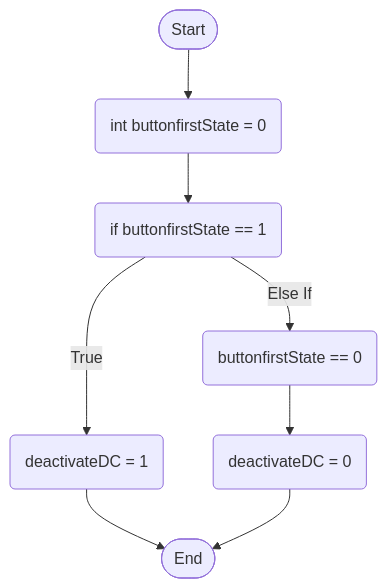
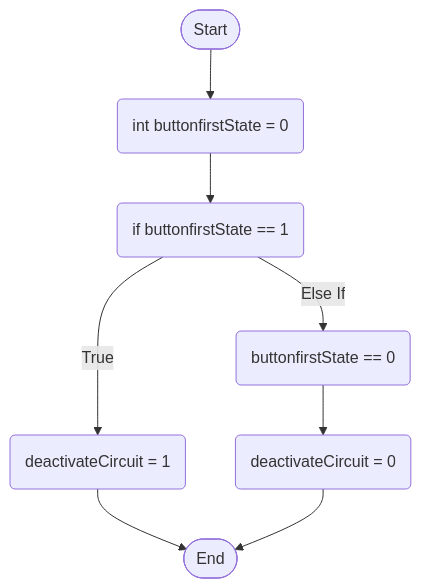
The diagram in Flowcharts/firstButtonLogic.md (4060269/SmartWorkstationAssessment3), drawn with Mermaid before and after one commit.

````diff
--- a/Flowcharts/firstButtonLogic.md
+++ b/Flowcharts/firstButtonLogic.md
@@ -3,18 +3,18 @@
 ```mermaid
 flowchart TD
 terminalStart([Start])
 terminalEnd([End])
 setbuttonValue(int buttonfirstState = 0)
 activateButton0(if buttonfirstState == 1)
-activateButton1(deactivateDC = 1)
+activateButton1(deactivateCircuit = 1)
 activateButton2(buttonfirstState == 0)
-activateButton3(deactivateDC = 0)
+activateButton3(deactivateCircuit = 0)
    
 terminalStart --> setbuttonValue
 setbuttonValue --> activateButton0
 activateButton0 --> |True| activateButton1
 activateButton0 --> |Else If| activateButton2
 activateButton1 --> terminalEnd
 activateButton2 --> activateButton3
 activateButton3 --> terminalEnd
 ```
````
